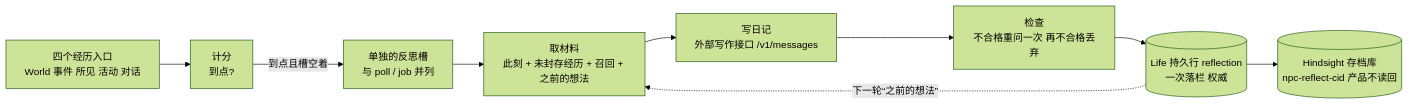
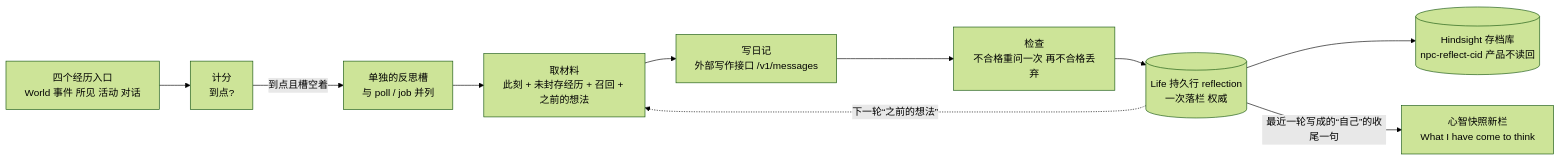
The fourth of 5 diagrams in apps/npc_server/lib/npc_server/README.md (dyzdyz010/ex_mmo_cluster), drawn with Mermaid (forest theme) before and after one commit. The commit also changed other lines of this file and 15 other files, not shown here.

Commit message:
NPC reflection R4: the latest 'self' closing sentence enters the state as 'What I have come to think' (one rule in Reflection.thought/1; withdrawn when the latest round did not write it)

````diff
--- a/apps/npc_server/lib/npc_server/README.md
+++ b/apps/npc_server/lib/npc_server/README.md
@@ -733,11 +734,12 @@
 ```mermaid
 flowchart LR
   E[四个经历入口<br/>World 事件 所见 活动 对话] --> S[计分<br/>到点?]
   S -->|到点且槽空着| W[单独的反思槽<br/>与 poll / job 并列]
   W --> M[取材料<br/>此刻 + 未封存经历 + 召回 + 之前的想法]
   M --> J[写日记<br/>外部写作接口 /v1/messages]
   J --> C[检查<br/>不合格重问一次 再不合格丢弃]
   C --> R[(Life 持久行 reflection<br/>一次落栏 权威)]
   R --> A[(Hindsight 存档库<br/>npc-reflect-cid 产品不读回)]
   R -.下一轮“之前的想法”.-> M
+  R -->|最近一轮写成的“自己”的收尾一句| T[心智快照新栏<br/>What I have come to think]
 ```
````
